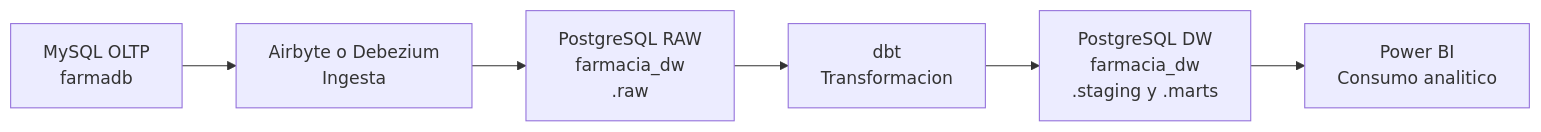
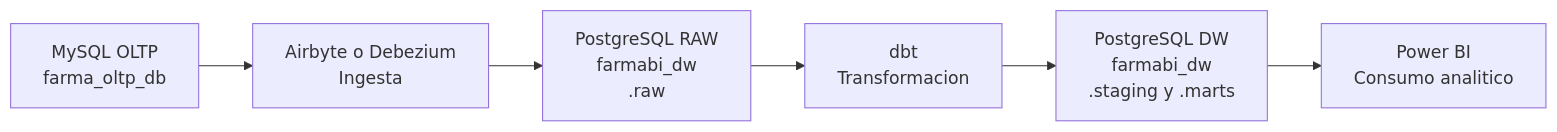
Before and after one commit to 261bi/farmabi: the diagram in docs/index.md, drawn with Mermaid. The commit also changed other lines of this file and 57 other files, not shown here.

````diff
--- a/docs/index.md
+++ b/docs/index.md
@@ -11,8 +11,8 @@
 ```mermaid
 flowchart LR
-    A[MySQL OLTP<br/>farmadb] --> B[Airbyte o Debezium<br/>Ingesta]
-    B --> C[PostgreSQL RAW<br/>farmacia_dw<br/>.raw]
+    A[MySQL OLTP<br/>farma_oltp_db] --> B[Airbyte o Debezium<br/>Ingesta]
+    B --> C[PostgreSQL RAW<br/>farmabi_dw<br/>.raw]
     C --> D[dbt<br/>Transformacion]
-    D --> E[PostgreSQL DW<br/>farmacia_dw<br/>.staging y .marts]
+    D --> E[PostgreSQL DW<br/>farmabi_dw<br/>.staging y .marts]
     E --> F[Power BI<br/>Consumo analitico]
 ```
````
